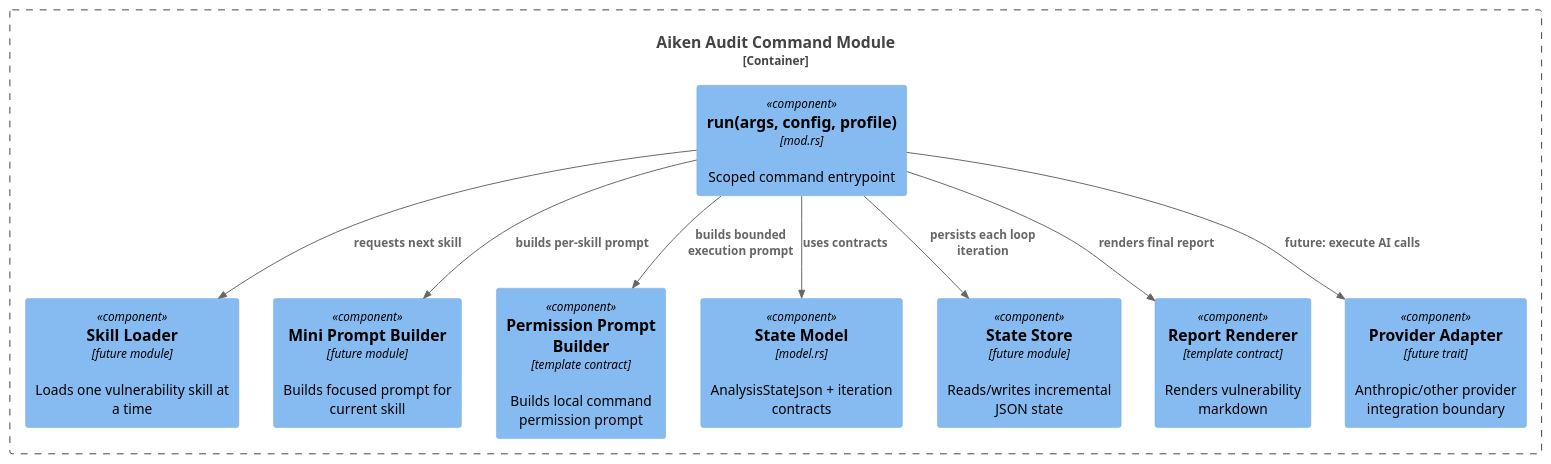
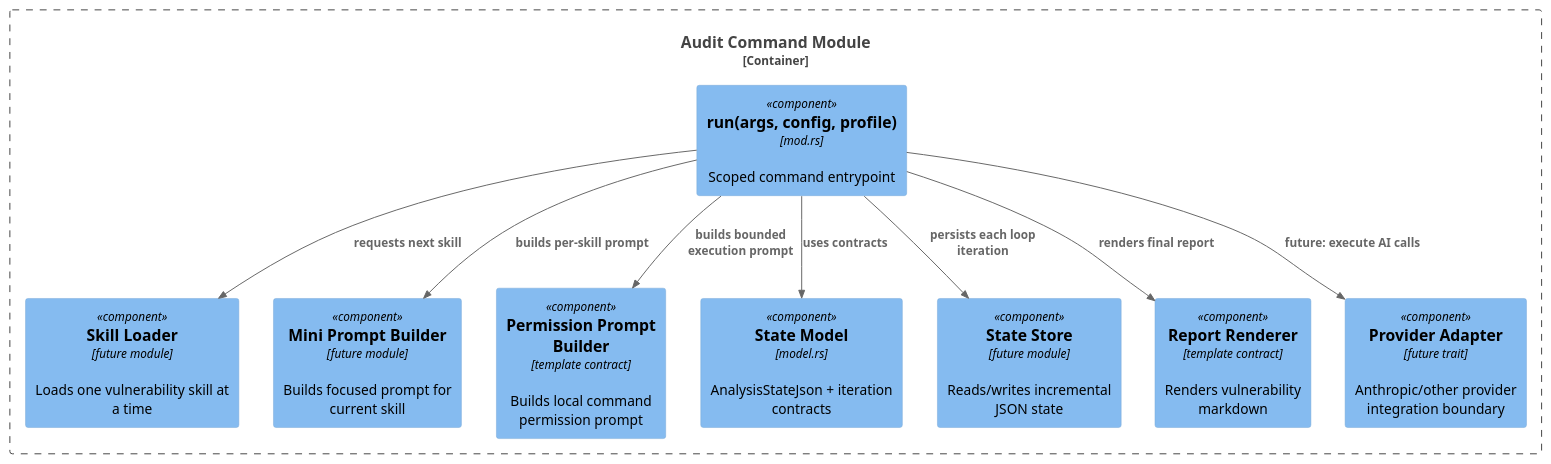
Before and after one commit to tx3-lang/trix: the diagram in design/003-assets/c4-component.puml, drawn with PlantUML. The commit also changed 14 other files, not shown here.

Commit message:
feat: rename Aiken command to Audit and update related documentation and tests

```diff
--- a/design/003-assets/c4-component.puml
+++ b/design/003-assets/c4-component.puml
@@ -1,23 +1,23 @@
 @startuml C4_Component_AikenVuln
 !include https://raw.githubusercontent.com/plantuml-stdlib/C4-PlantUML/master/C4_Component.puml
 
-Container_Boundary(aiken, "Aiken Audit Command Module") {
+Container_Boundary(aiken, "Audit Command Module") {
   Component(cmd, "run(args, config, profile)", "mod.rs", "Scoped command entrypoint")
   Component(skill_loader, "Skill Loader", "future module", "Loads one vulnerability skill at a time")
   Component(mini_prompt, "Mini Prompt Builder", "future module", "Builds focused prompt for current skill")
   Component(permission_prompt, "Permission Prompt Builder", "template contract", "Builds local command permission prompt")
   Component(state_model, "State Model", "model.rs", "AnalysisStateJson + iteration contracts")
   Component(state_store, "State Store", "future module", "Reads/writes incremental JSON state")
   Component(report_renderer, "Report Renderer", "template contract", "Renders vulnerability markdown")
   Component(provider_adapter, "Provider Adapter", "future trait", "Anthropic/other provider integration boundary")
 }
 
 Rel(cmd, skill_loader, "requests next skill")
 Rel(cmd, mini_prompt, "builds per-skill prompt")
 Rel(cmd, permission_prompt, "builds bounded execution prompt")
 Rel(cmd, state_model, "uses contracts")
 Rel(cmd, state_store, "persists each loop iteration")
 Rel(cmd, report_renderer, "renders final report")
 Rel(cmd, provider_adapter, "future: execute AI calls")
 
 @enduml
```
